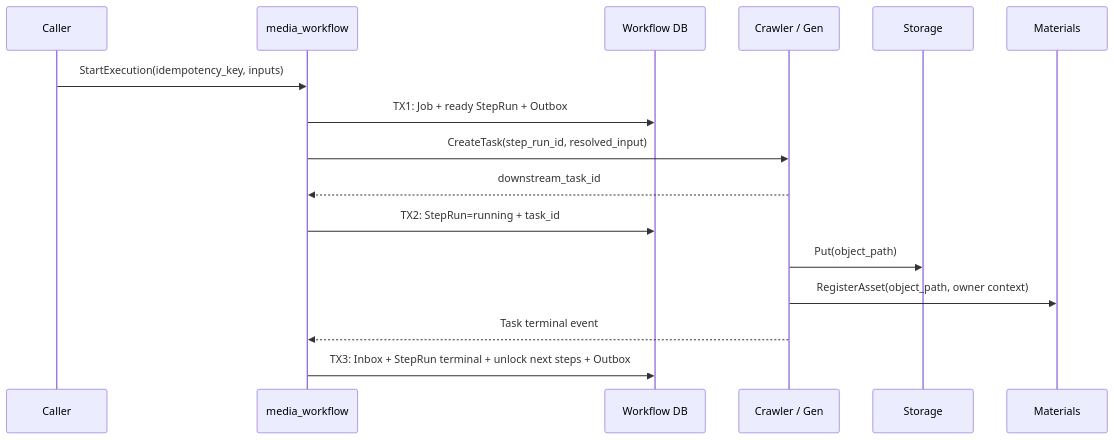
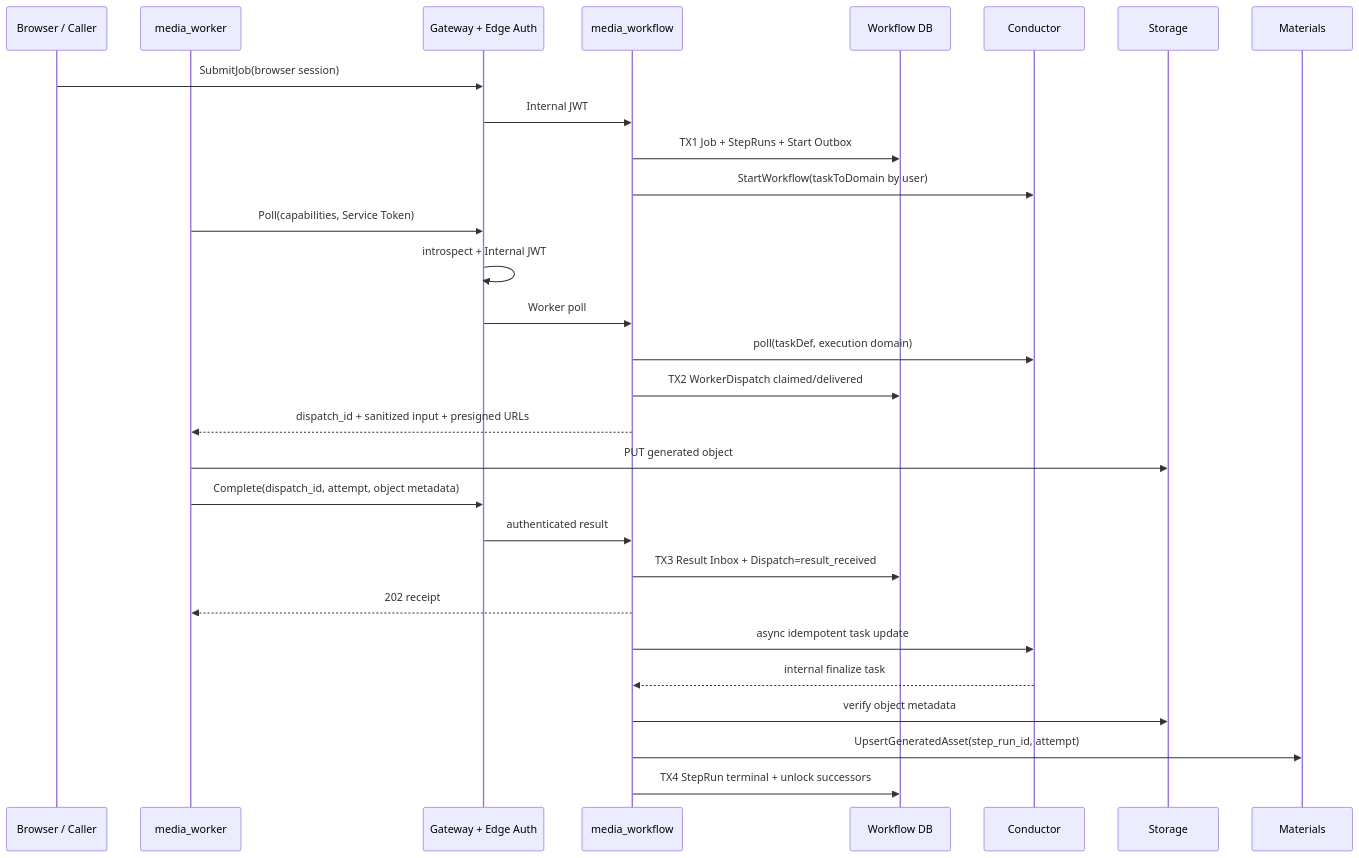
The diagram in docs/ddd/workflow/0004-media-workflow-execution/media_workflow_execution.md (hotttao/media_agent), drawn with Mermaid before and after one commit. The commit also changed other lines of this file and 22 other files, not shown here.

Commit message:
docs(workflow): define worker gateway conductor proxy

````diff
--- a/docs/ddd/workflow/0004-media-workflow-execution/media_workflow_execution.md
+++ b/docs/ddd/workflow/0004-media-workflow-execution/media_workflow_execution.md
@@ -12,18 +12,31 @@
 ```mermaid
 sequenceDiagram
-    participant U as Caller
+    participant B as Browser / Caller
+    participant MW as media_worker
+    participant G as Gateway + Edge Auth
     participant W as media_workflow
     participant DB as Workflow DB
-    participant D as Crawler / Gen
+    participant C as Conductor
     participant S as Storage
     participant M as Materials
-    U->>W: StartExecution(idempotency_key, inputs)
-    W->>DB: TX1: Job + ready StepRun + Outbox
-    W->>D: CreateTask(step_run_id, resolved_input)
-    D-->>W: downstream_task_id
-    W->>DB: TX2: StepRun=running + task_id
-    D->>S: Put(object_path)
-    D->>M: RegisterAsset(object_path, owner context)
-    D-->>W: Task terminal event
-    W->>DB: TX3: Inbox + StepRun terminal + unlock next steps + Outbox
+    B->>G: SubmitJob(browser session)
+    G->>W: Internal JWT
+    W->>DB: TX1 Job + StepRuns + Start Outbox
+    W->>C: StartWorkflow(taskToDomain by user)
+    MW->>G: Poll(capabilities, Service Token)
+    G->>G: introspect + Internal JWT
+    G->>W: Worker poll
+    W->>C: poll(taskDef, execution domain)
+    W->>DB: TX2 WorkerDispatch claimed/delivered
+    W-->>MW: dispatch_id + sanitized input + presigned URLs
+    MW->>S: PUT generated object
+    MW->>G: Complete(dispatch_id, attempt, object metadata)
+    G->>W: authenticated result
+    W->>DB: TX3 Result Inbox + Dispatch=result_received
+    W-->>MW: 202 receipt
+    W->>C: async idempotent task update
+    C-->>W: internal finalize task
+    W->>S: verify object metadata
+    W->>M: UpsertGeneratedAsset(step_run_id, attempt)
+    W->>DB: TX4 StepRun terminal + unlock successors
 ```
````
